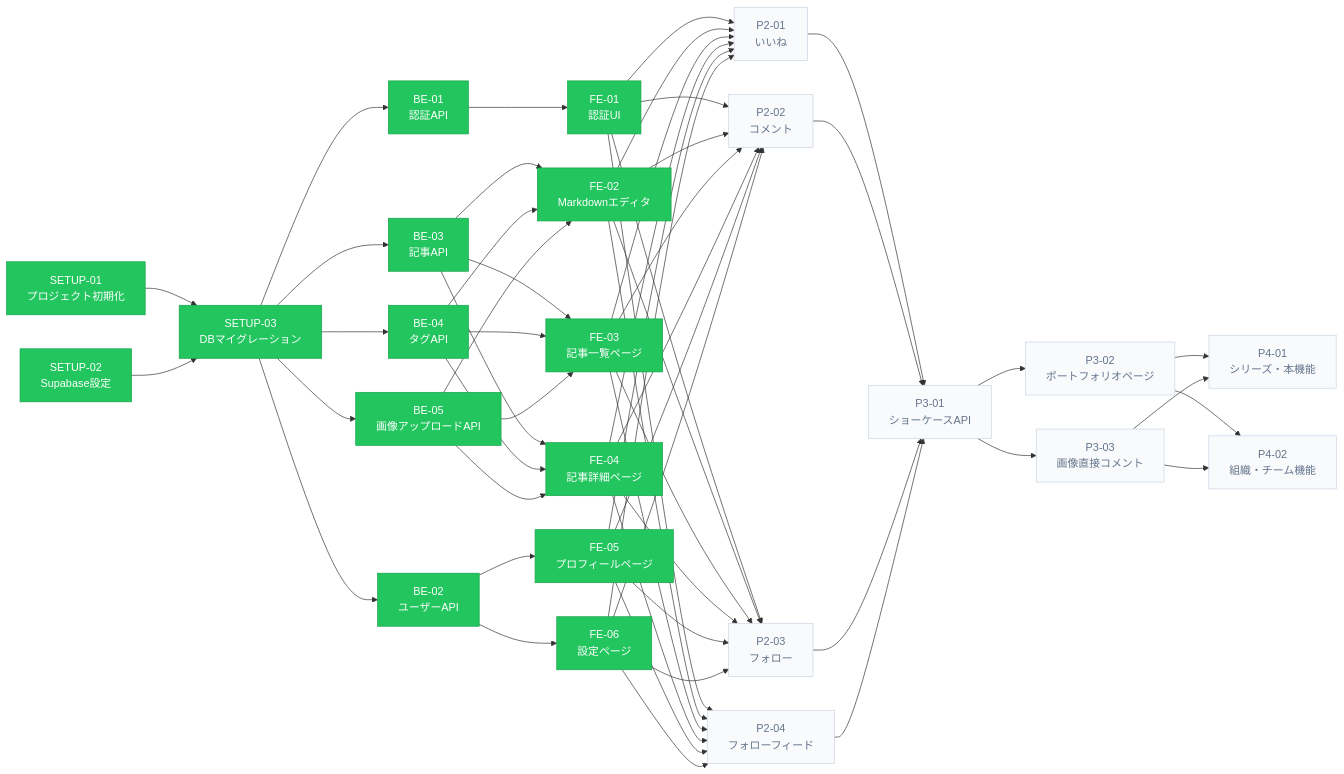
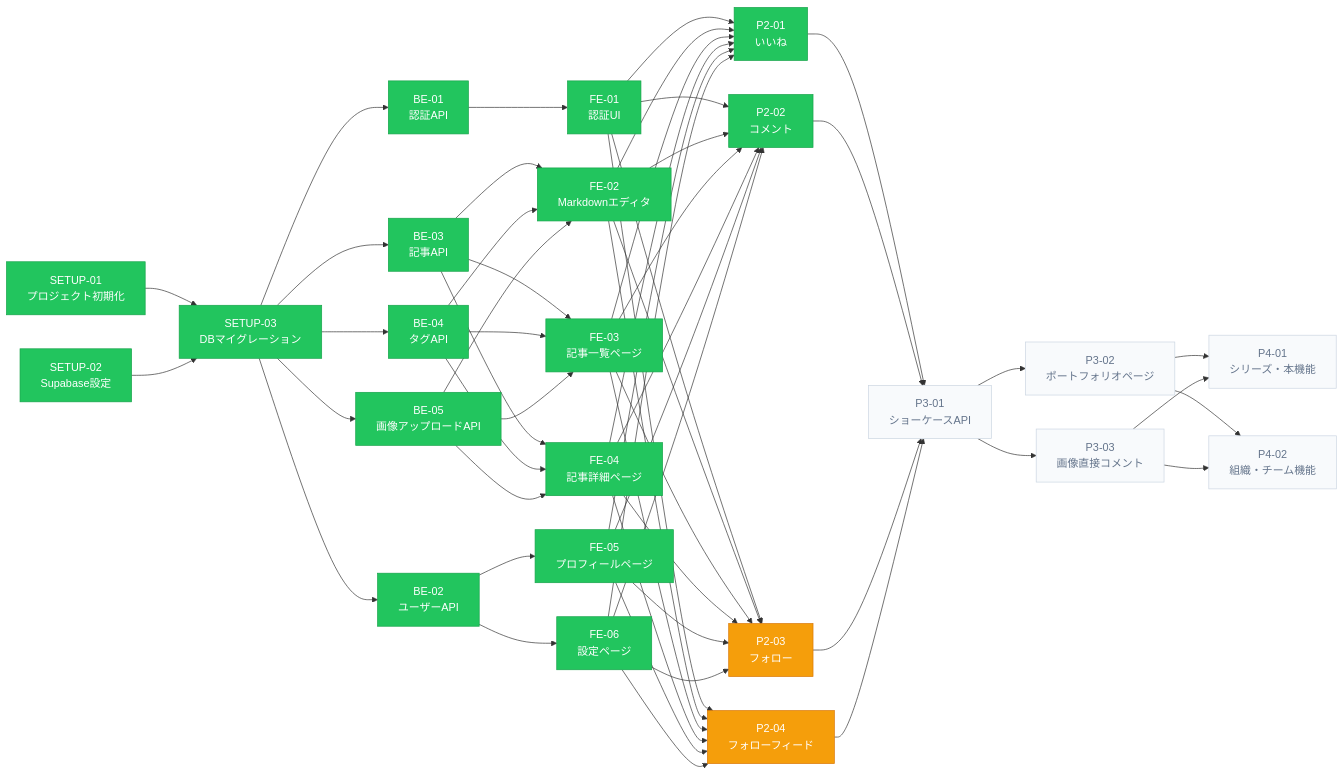
Before and after one commit to eiji0573/creative-platform: the diagram in tickets.md, drawn with Mermaid. The commit also changed other lines of this file and 6 other files, not shown here.

````diff
--- a/tickets.md
+++ b/tickets.md
@@ -5,60 +5,61 @@
 ```mermaid
 flowchart LR
     classDef done       fill:#22c55e,color:#fff,stroke:#16a34a
     classDef inProgress fill:#f59e0b,color:#fff,stroke:#d97706
     classDef pending    fill:#f8fafc,color:#64748b,stroke:#cbd5e1
 
     SETUP-01["SETUP-01\nプロジェクト初期化"]
     SETUP-02["SETUP-02\nSupabase設定"]
     SETUP-03["SETUP-03\nDBマイグレーション"]
 
     BE-01["BE-01\n認証API"]
     FE-01["FE-01\n認証UI"]
 
     BE-03["BE-03\n記事API"]
     BE-04["BE-04\nタグAPI"]
     BE-05["BE-05\n画像アップロードAPI"]
     FE-02["FE-02\nMarkdownエディタ"]
     FE-03["FE-03\n記事一覧ページ"]
     FE-04["FE-04\n記事詳細ページ"]
 
     BE-02["BE-02\nユーザーAPI"]
     FE-05["FE-05\nプロフィールページ"]
     FE-06["FE-06\n設定ページ"]
 
     P2-01["P2-01\nいいね"]
     P2-02["P2-02\nコメント"]
     P2-03["P2-03\nフォロー"]
     P2-04["P2-04\nフォローフィード"]
 
     P3-01["P3-01\nショーケースAPI"]
     P3-02["P3-02\nポートフォリオページ"]
     P3-03["P3-03\n画像直接コメント"]
 
     P4-01["P4-01\nシリーズ・本機能"]
     P4-02["P4-02\n組織・チーム機能"]
 
     %% ステップ0
     SETUP-01 --> SETUP-03
     SETUP-02 --> SETUP-03
 
     %% ステップ1（3ストリーム並行）
     SETUP-03 --> BE-01 --> FE-01
     SETUP-03 --> BE-03 & BE-04 & BE-05
     BE-03 & BE-04 & BE-05 --> FE-02 & FE-03 & FE-04
     SETUP-03 --> BE-02 --> FE-05 & FE-06
 
     %% ステップ2（Phase 2並行）
     FE-01 & FE-02 & FE-03 & FE-04 & FE-05 & FE-06 --> P2-01 & P2-02 & P2-03 & P2-04
 
     %% ステップ3（Phase 3）
     P2-01 & P2-02 & P2-03 & P2-04 --> P3-01
     P3-01 --> P3-02 & P3-03
 
     %% ステップ4（Phase 4）
     P3-02 & P3-03 --> P4-01 & P4-02
 
     %% ステータス色（進捗ボードと同期して更新）
-    class SETUP-01,SETUP-02,SETUP-03,BE-01,BE-02,BE-03,BE-04,BE-05,FE-01,FE-02,FE-03,FE-04,FE-05,FE-06 done
-    class P2-01,P2-02,P2-03,P2-04,P3-01,P3-02,P3-03,P4-01,P4-02 pending
+    class SETUP-01,SETUP-02,SETUP-03,BE-01,BE-02,BE-03,BE-04,BE-05,FE-01,FE-02,FE-03,FE-04,FE-05,FE-06,P2-01,P2-02 done
+    class P2-03,P2-04 inProgress
+    class P3-01,P3-02,P3-03,P4-01,P4-02 pending
 ```
````
